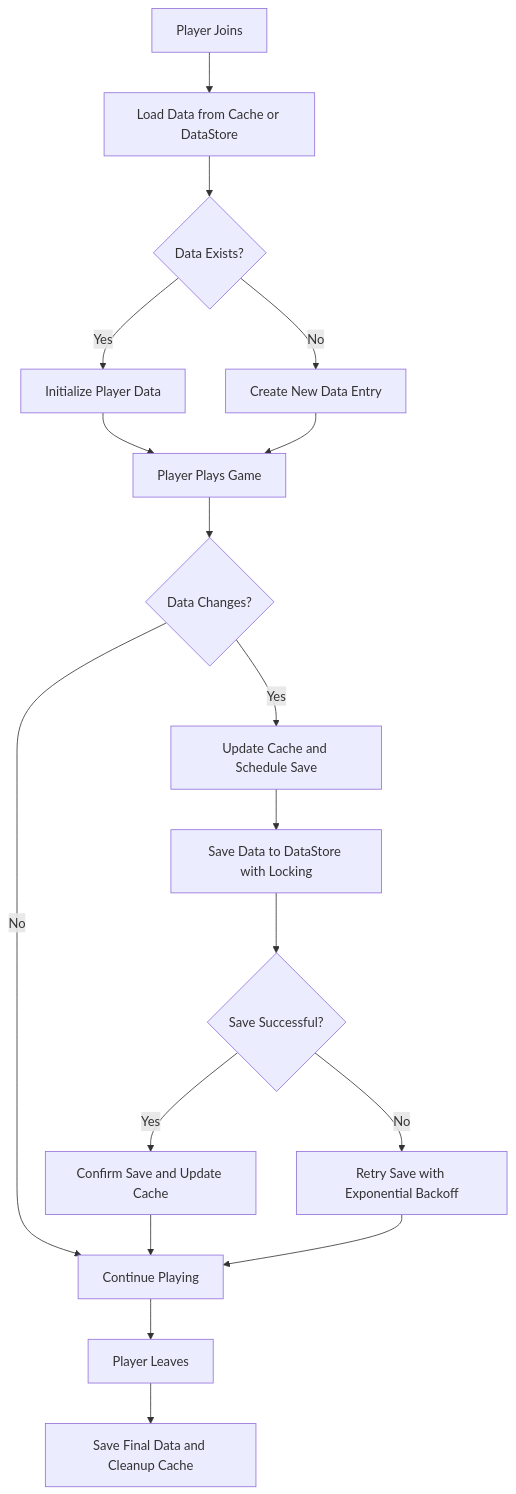
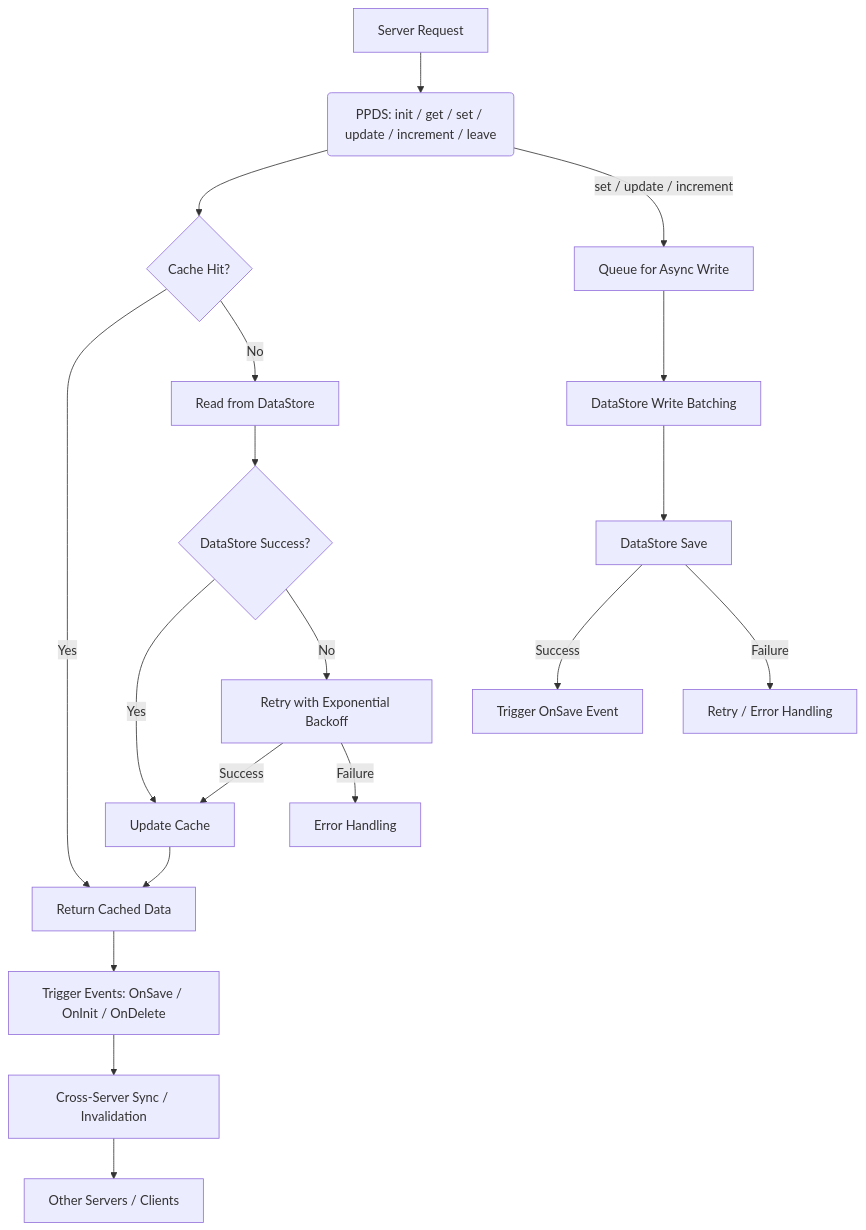
One commit to Paopun20/PaoPaoDataStore changed the diagram in docs/index.md. Above: the diagram before and after it, drawn with Mermaid. The commit also changed other lines of this file and 7 other files, not shown here.

````diff
--- a/docs/index.md
+++ b/docs/index.md
@@ -18,20 +17,37 @@
 ``` mermaid
 graph TD
-    A[Player Joins] --> B[Load Data from Cache or DataStore]
-    B --> C{Data Exists?}
-    C -- Yes --> D[Initialize Player Data]
-    C -- No --> E[Create New Data Entry]
-    D --> F[Player Plays Game]
-    E --> F
-    F --> G{Data Changes?}
-    G -- Yes --> H[Update Cache and Schedule Save]
-    G -- No --> I[Continue Playing]
-    H --> J[Save Data to DataStore with Locking]
-    J --> K{Save Successful?}
-    K -- Yes --> L[Confirm Save and Update Cache]
-    K -- No --> M[Retry Save with Exponential Backoff]
-    L --> I
-    M --> I
-    I --> N[Player Leaves]
-    N --> O[Save Final Data and Cleanup Cache]
+    %% Requests
+    A[Server Request] --> B(PPDS: init / get / set / update / increment / leave)
+    
+    %% Cache Flow
+    B --> C{Cache Hit?}
+    C -- Yes --> D[Return Cached Data]
+    C -- No --> E[Read from DataStore]
+    
+    %% DataStore Success Path
+    E --> F{DataStore Success?}
+    F -- Yes --> G[Update Cache]
+    G --> D
+    
+    %% DataStore Failure Path
+    F -- No --> H[Retry with Exponential Backoff]
+    H -- Success --> G
+    H -- Failure --> I[Error Handling]
+    
+    %% Event Propagation
+    D --> J[Trigger Events: OnSave / OnInit / OnDelete]
+    J --> K[Cross-Server Sync / Invalidation]
+    K --> L[Other Servers / Clients]
+    
+    %% Async Write Path
+    B -- set / update / increment --> M[Queue for Async Write]
+    M --> N[DataStore Write Batching]
+    N --> O[DataStore Save]
+    O -- Success --> P[Trigger OnSave Event]
+    O -- Failure --> Q[Retry / Error Handling]
+    
+    class C,D,G cache;
+    class E,F,H,O,N datastore;
+    class J,K,L,P events;
+    class M,Q async;
 ```
````
